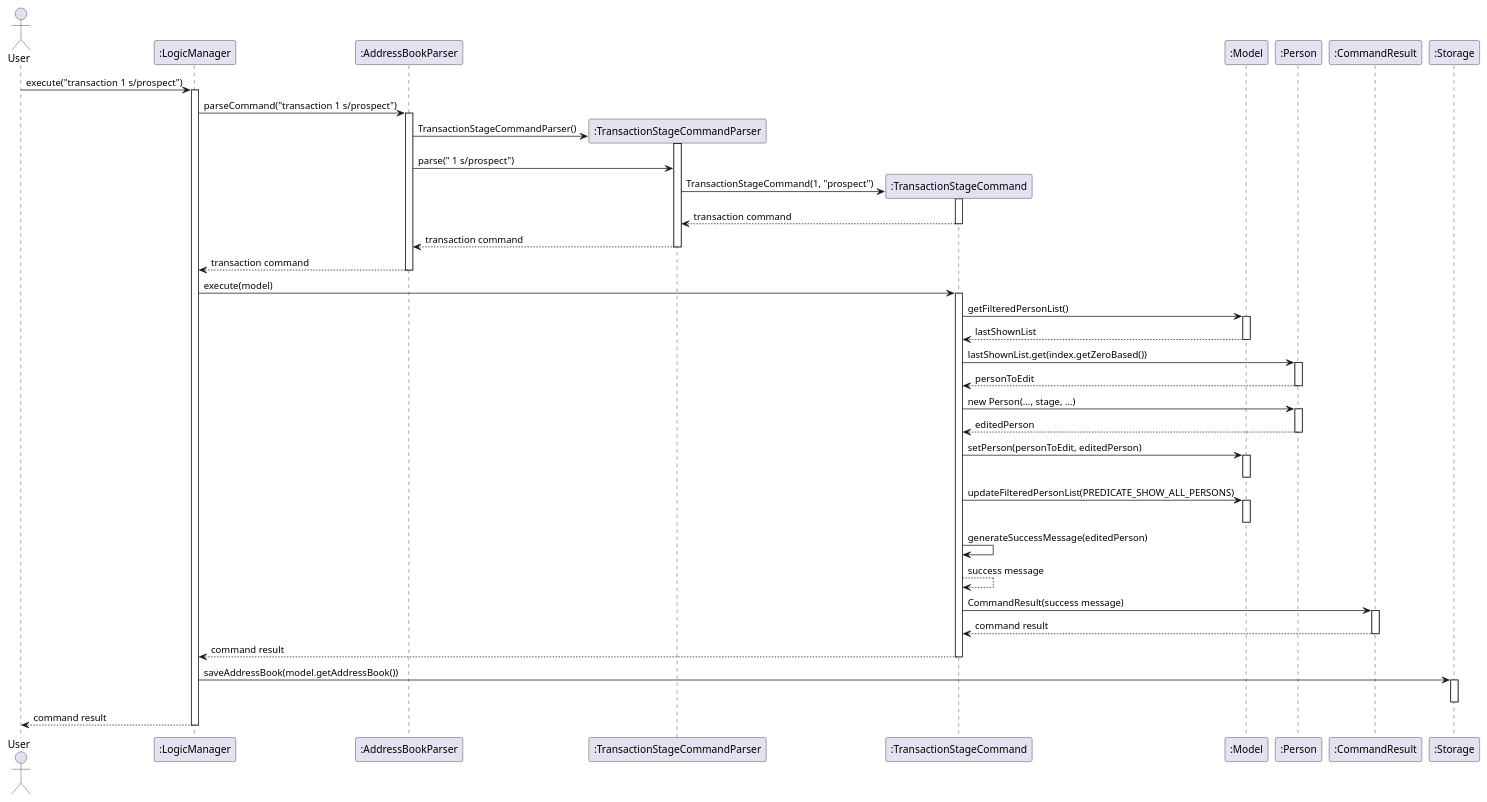
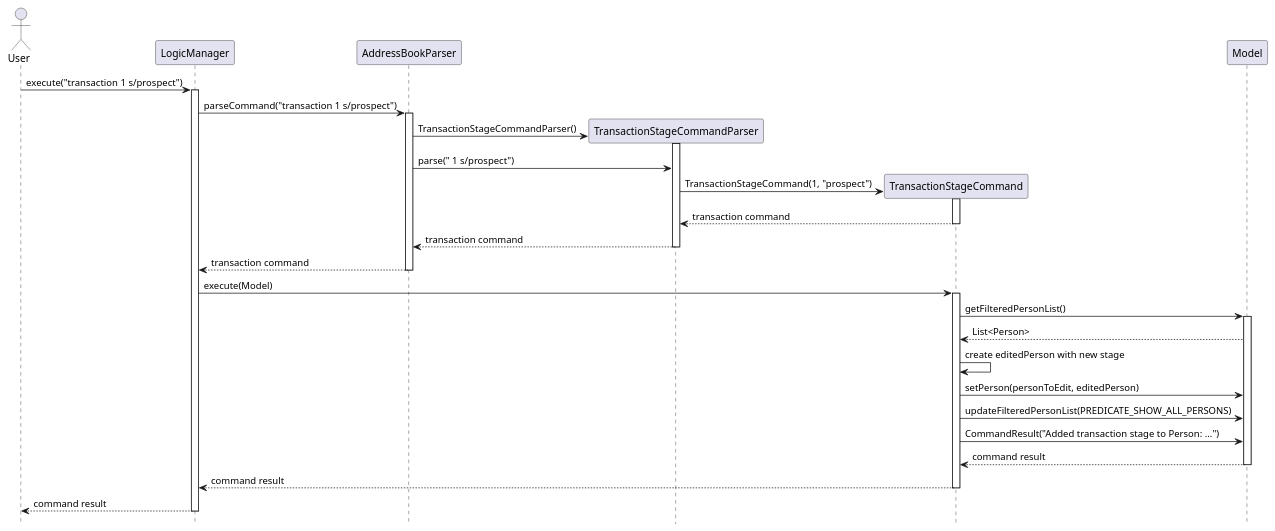
Before and after one commit to Kimberlee97/tp: the diagram in docs/diagrams/transaction/TransactionStageSequence.puml, drawn with PlantUML. The commit also changed 1 other file, not shown here.

Commit message:
Fix transaction UML diagrams

```diff
--- a/docs/diagrams/transaction/TransactionStageSequence.puml
+++ b/docs/diagrams/transaction/TransactionStageSequence.puml
@@ -1,78 +1,42 @@
 @startuml
+hide footbox
 actor User
+participant "LogicManager" as L
+participant "AddressBookParser" as ABP
+participant "TransactionStageCommandParser" as TSCP
+participant "TransactionStageCommand" as TSC
+participant "Model" as M
 
-participant ":LogicManager" as Logic
-participant ":AddressBookParser" as ABP
-participant ":TransactionStageCommandParser" as TSCP
-participant ":TransactionStageCommand" as TSC
-participant ":Model" as Model
-participant ":Person" as P
-participant ":CommandResult" as CR
-participant ":Storage" as Storage
-
-User -> Logic : execute("transaction 1 s/prospect")
-activate Logic
-
-Logic -> ABP : parseCommand("transaction 1 s/prospect")
+User -> L : execute("transaction 1 s/prospect")
+activate L
+L -> ABP : parseCommand("transaction 1 s/prospect")
 activate ABP
-
 create TSCP
 ABP -> TSCP : TransactionStageCommandParser()
 activate TSCP
 ABP -> TSCP : parse(" 1 s/prospect")
-
 create TSC
 TSCP -> TSC : TransactionStageCommand(1, "prospect")
 activate TSC
 TSC --> TSCP : transaction command
 deactivate TSC
 TSCP --> ABP : transaction command
 deactivate TSCP
-ABP --> Logic : transaction command
+ABP --> L : transaction command
 deactivate ABP
-
-Logic -> TSC : execute(model)
+L -> TSC : execute(Model)
 activate TSC
-
-TSC -> Model : getFilteredPersonList()
-activate Model
-Model --> TSC : lastShownList
-deactivate Model
-
-TSC -> P : lastShownList.get(index.getZeroBased())
-activate P
-P --> TSC : personToEdit
-deactivate P
-
-TSC -> P : new Person(..., stage, ...)
-activate P
-P --> TSC : editedPerson
-deactivate P
-
-TSC -> Model : setPerson(personToEdit, editedPerson)
-activate Model
-deactivate Model
-
-TSC -> Model : updateFilteredPersonList(PREDICATE_SHOW_ALL_PERSONS)
-activate Model
-deactivate Model
-
-TSC -> TSC : generateSuccessMessage(editedPerson)
-TSC --> TSC : success message
-
-TSC -> CR : CommandResult(success message)
-activate CR
-CR --> TSC : command result
-deactivate CR
-
-TSC --> Logic : command result
+TSC -> M : getFilteredPersonList()
+activate M
+M --> TSC : List<Person>
+TSC -> TSC : create editedPerson with new stage
+TSC -> M : setPerson(personToEdit, editedPerson)
+TSC -> M : updateFilteredPersonList(PREDICATE_SHOW_ALL_PERSONS)
+TSC -> M : CommandResult("Added transaction stage to Person: ...")
+M --> TSC : command result
+deactivate M
+TSC --> L : command result
 deactivate TSC
-
-Logic -> Storage : saveAddressBook(model.getAddressBook())
-activate Storage
-deactivate Storage
-
-Logic --> User : command result
-deactivate Logic
-
+L --> User : command result
+deactivate L
 @enduml
```
